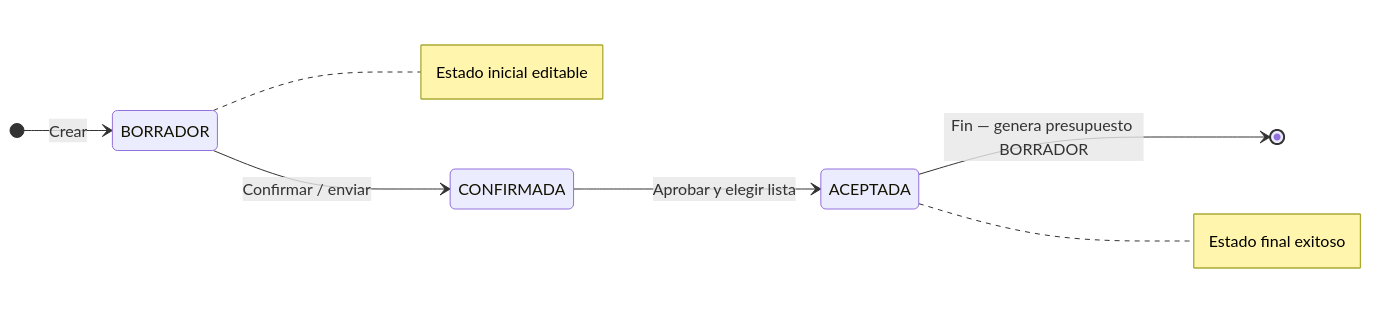
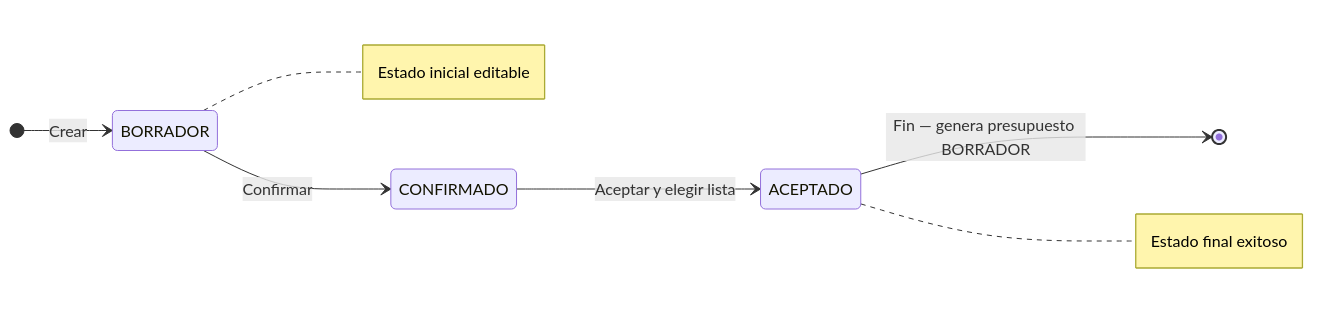
The diagram in docs/ventas/cotizaciones.md (Zink-in-Tech/ZiT-ERP_DocsPublica_FE), drawn with Mermaid before and after one commit. The commit also changed other lines of this file and 56 other files, not shown here.

````diff
--- a/docs/ventas/cotizaciones.md
+++ b/docs/ventas/cotizaciones.md
@@ -91,14 +98,14 @@
 ```mermaid
 stateDiagram-v2
   direction LR
   [*] --> BORRADOR: Crear
-  BORRADOR --> CONFIRMADA: Confirmar / enviar
-  CONFIRMADA --> ACEPTADA: Aprobar y elegir lista
-  ACEPTADA --> [*]: Fin — genera presupuesto BORRADOR
+  BORRADOR --> CONFIRMADO: Confirmar
+  CONFIRMADO --> ACEPTADO: Aceptar y elegir lista
+  ACEPTADO --> [*]: Fin — genera presupuesto BORRADOR
   note right of BORRADOR
     Estado inicial editable
   end note
-  note right of ACEPTADA
+  note right of ACEPTADO
     Estado final exitoso
   end note
 ```
````
